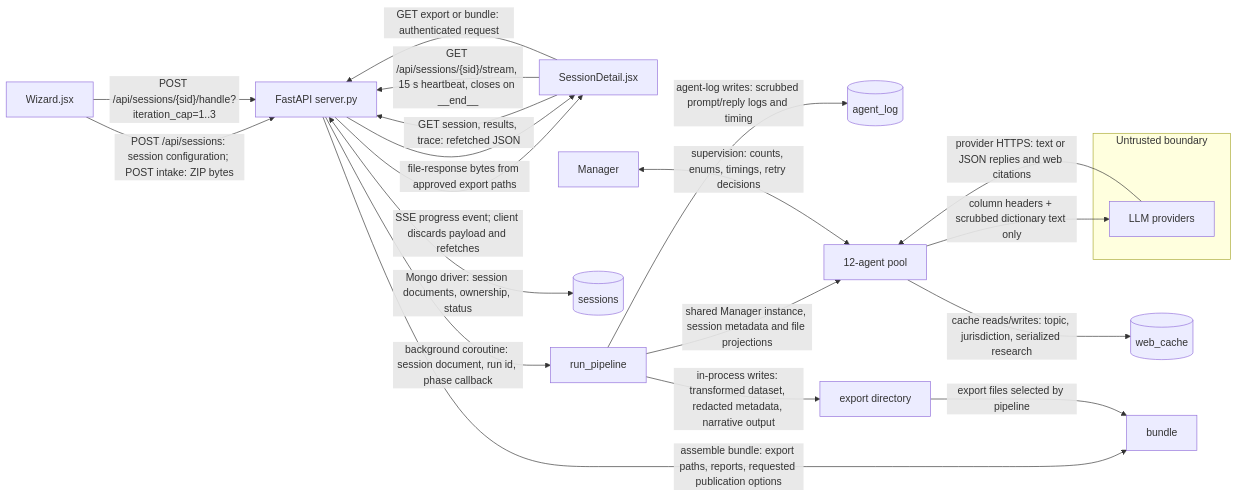
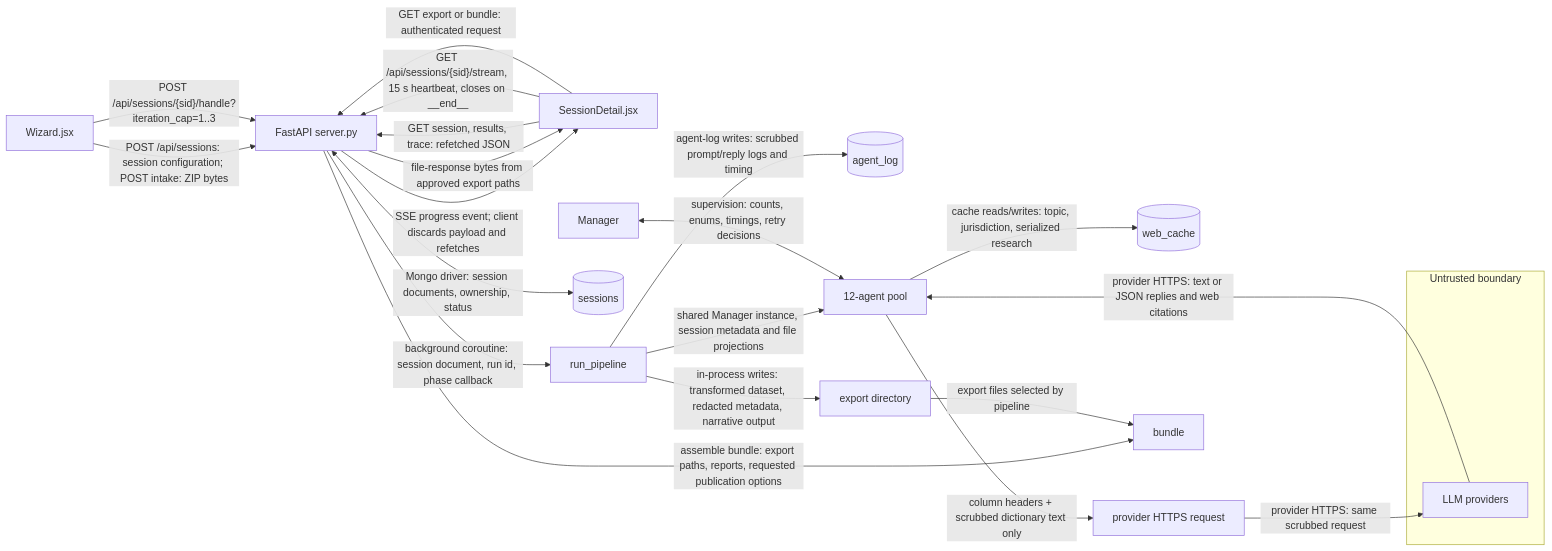
The first of 3 diagrams in docs/AGENT_ARCHITECTURE.md (solomonsjoseph/PHI-Handling-system), drawn with Mermaid before and after one commit.

Commit message:
docs: label provider request transport

````diff
--- a/docs/AGENT_ARCHITECTURE.md
+++ b/docs/AGENT_ARCHITECTURE.md
@@ -11,24 +11,26 @@
 ```mermaid
 flowchart LR
     Wizard["Wizard.jsx"] -->|"POST /api/sessions: session configuration; POST intake: ZIP bytes"| Server["FastAPI server.py"]
     Wizard -->|"POST /api/sessions/{sid}/handle?iteration_cap=1..3"| Server
     Detail["SessionDetail.jsx"] -->|"GET session, results, trace: refetched JSON"| Server
     Detail -->|"GET /api/sessions/{sid}/stream, 15 s heartbeat, closes on __end__"| Server
     Server -->|"SSE progress event; client discards payload and refetches"| Detail
     Server -->|"background coroutine: session document, run id, phase callback"| Pipeline["run_pipeline"]
     Server <-->|"Mongo driver: session documents, ownership, status"| Sessions[("sessions")]
     Pipeline -->|"agent-log writes: scrubbed prompt/reply logs and timing"| AgentLog[("agent_log")]
     Pool["12-agent pool"] -->|"cache reads/writes: topic, jurisdiction, serialized research"| Cache[("web_cache")]
     Pipeline -->|"shared Manager instance, session metadata and file projections"| Pool
     Manager["Manager"] <-->|"supervision: counts, enums, timings, retry decisions"| Pool
+    Request["provider HTTPS request"]
     subgraph Boundary["Untrusted boundary"]
         Providers["LLM providers"]
     end
-    Pool -->|"column headers + scrubbed dictionary text only"| Providers
+    Pool -->|"column headers + scrubbed dictionary text only"| Request
+    Request -->|"provider HTTPS: same scrubbed request"| Providers
     Providers -->|"provider HTTPS: text or JSON replies and web citations"| Pool
     Pipeline -->|"in-process writes: transformed dataset, redacted metadata, narrative output"| Exports["export directory"]
     Detail -->|"GET export or bundle: authenticated request"| Server
     Server -->|"file-response bytes from approved export paths"| Detail
     Server -->|"assemble bundle: export paths, reports, requested publication options"| Bundle["bundle"]
     Exports -->|"export files selected by pipeline"| Bundle
 ```
````
